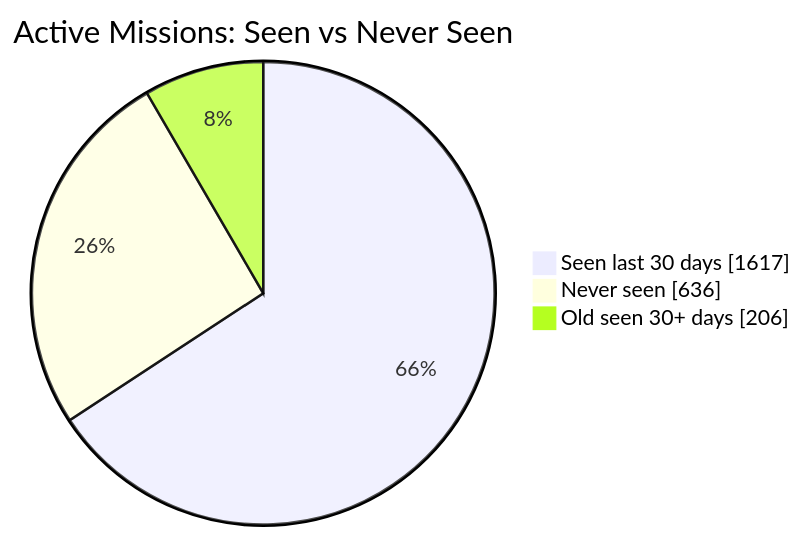
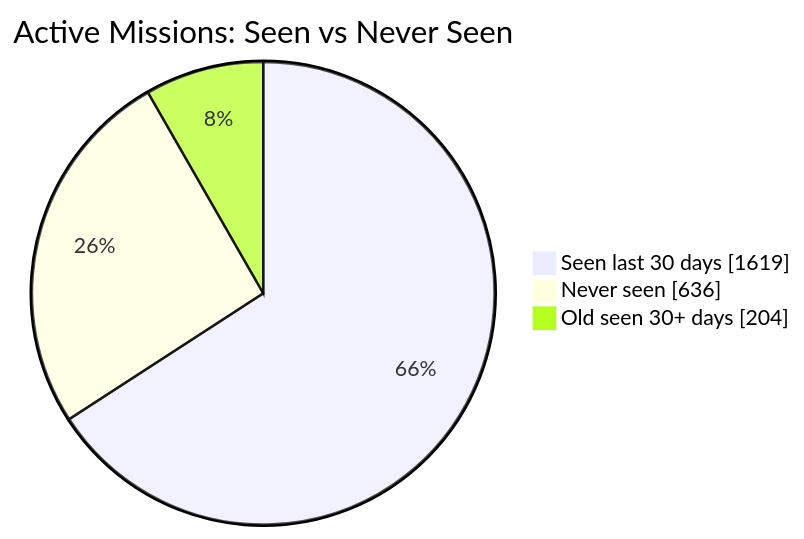
One commit to MeldkamerspelGameTeam/active-missions changed the first of 2 diagrams in README.md. Above: the diagram before and after it, drawn with Mermaid. The commit also changed other lines of this file and 3 other files, not shown here.

````diff
--- a/README.md
+++ b/README.md
@@ -34,7 +34,7 @@
 ```mermaid
 pie showData
     title Active Missions: Seen vs Never Seen
-    "Seen last 30 days" : 1617
+    "Seen last 30 days" : 1619
     "Never seen" : 636
-    "Old seen 30+ days" : 206
+    "Old seen 30+ days" : 204
 ```
````
